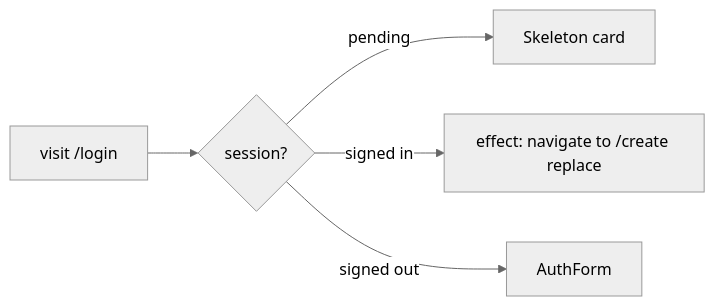
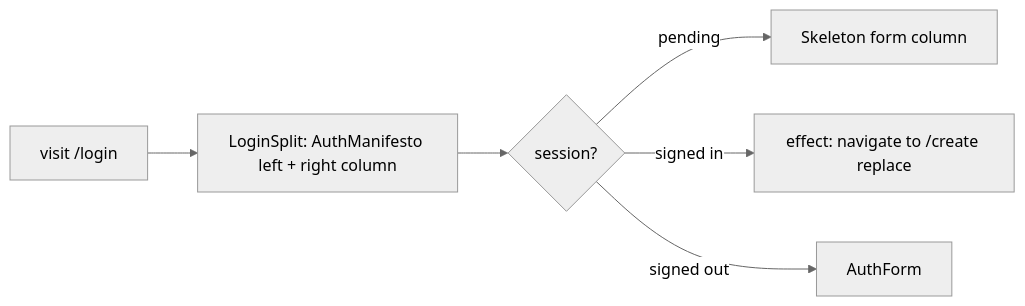
The diagram in apps/web/src/routes/login.tsx.md (AzamatRaimbekov2/openCreate), drawn with Mermaid (neutral theme) before and after one commit. The commit also changed other lines of this file and 40 other files, not shown here.

````diff
--- a/apps/web/src/routes/login.tsx.md
+++ b/apps/web/src/routes/login.tsx.md
@@ -29,7 +31,8 @@
 ```mermaid
 flowchart LR
-  V[visit /login] --> S{session?}
-  S -->|pending| SK[Skeleton card]
+  V[visit /login] --> SPLIT[LoginSplit: AuthManifesto left + right column]
+  SPLIT --> S{session?}
+  S -->|pending| SK[Skeleton form column]
   S -->|signed in| NAV[effect: navigate to /create replace]
   S -->|signed out| AF[AuthForm]
 ```
````
